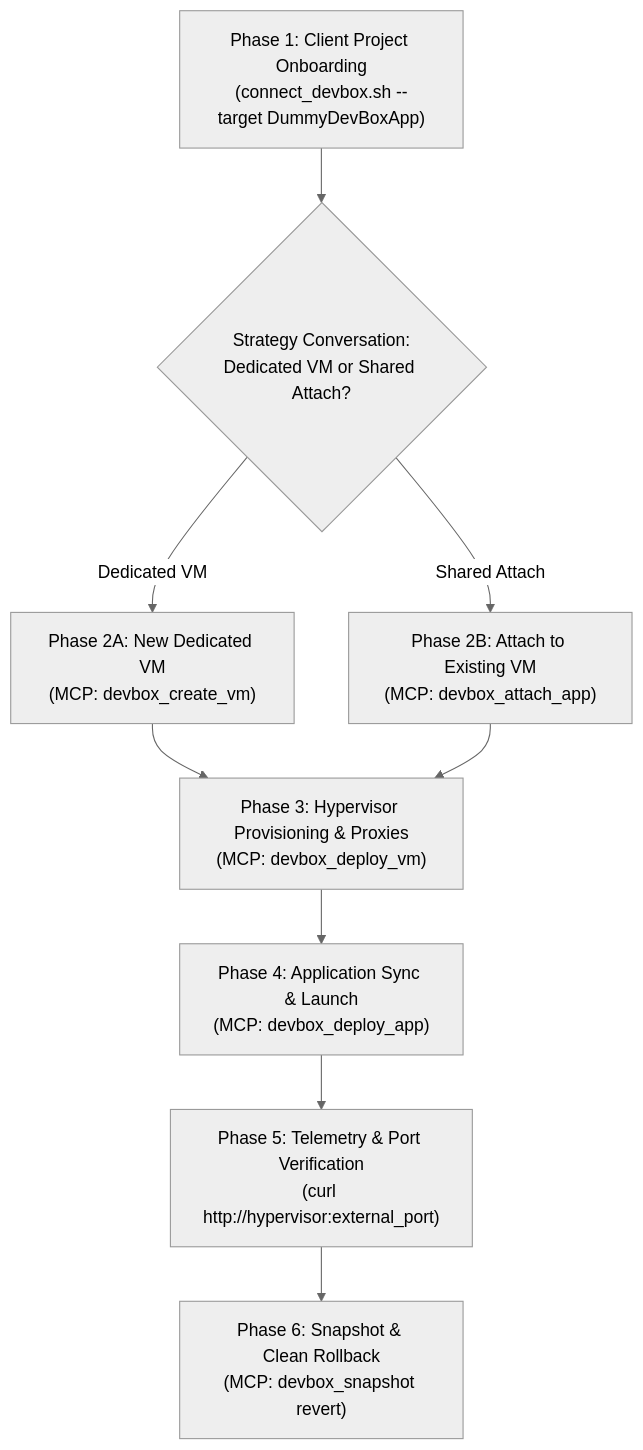
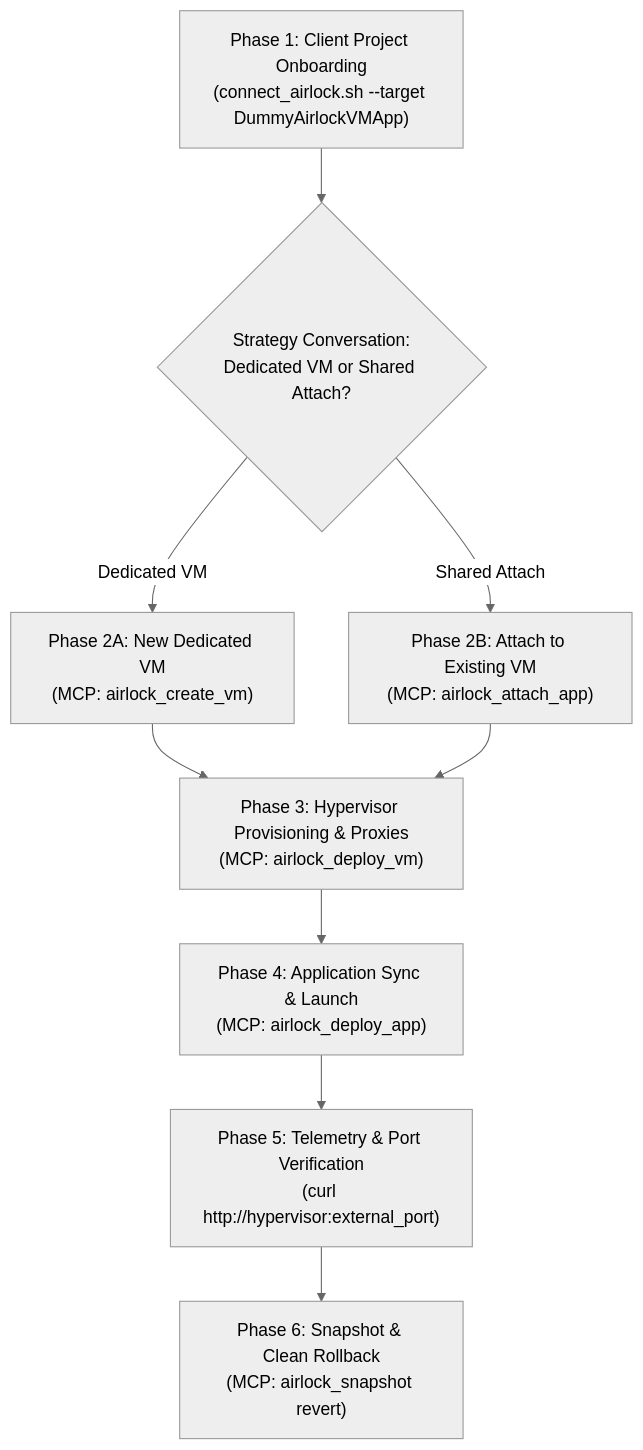
Before and after one commit to simplybarter/AirlockVM: the diagram in docs/INTEGRATION_TESTING.md, drawn with Mermaid (neutral theme). The commit also changed other lines of this file and 64 other files, not shown here.

Commit message:
feat(rebrand): rebrand DevBox to AirlockVM with unified airlock CLI

````diff
--- a/docs/INTEGRATION_TESTING.md
+++ b/docs/INTEGRATION_TESTING.md
@@ -38,11 +38,11 @@
 ```mermaid
 flowchart TD
-    P1["Phase 1: Client Project Onboarding<br/>(connect_devbox.sh --target DummyDevBoxApp)"] --> Strategy{"Strategy Conversation:<br/>Dedicated VM or Shared Attach?"}
-    Strategy -->|Dedicated VM| P2A["Phase 2A: New Dedicated VM<br/>(MCP: devbox_create_vm)"]
-    Strategy -->|Shared Attach| P2B["Phase 2B: Attach to Existing VM<br/>(MCP: devbox_attach_app)"]
-    P2A --> P3["Phase 3: Hypervisor Provisioning & Proxies<br/>(MCP: devbox_deploy_vm)"]
+    P1["Phase 1: Client Project Onboarding<br/>(connect_airlock.sh --target DummyAirlockVMApp)"] --> Strategy{"Strategy Conversation:<br/>Dedicated VM or Shared Attach?"}
+    Strategy -->|Dedicated VM| P2A["Phase 2A: New Dedicated VM<br/>(MCP: airlock_create_vm)"]
+    Strategy -->|Shared Attach| P2B["Phase 2B: Attach to Existing VM<br/>(MCP: airlock_attach_app)"]
+    P2A --> P3["Phase 3: Hypervisor Provisioning & Proxies<br/>(MCP: airlock_deploy_vm)"]
     P2B --> P3
-    P3 --> P4["Phase 4: Application Sync & Launch<br/>(MCP: devbox_deploy_app)"]
+    P3 --> P4["Phase 4: Application Sync & Launch<br/>(MCP: airlock_deploy_app)"]
     P4 --> P5["Phase 5: Telemetry & Port Verification<br/>(curl http://hypervisor:external_port)"]
-    P5 --> P6["Phase 6: Snapshot & Clean Rollback<br/>(MCP: devbox_snapshot revert)"]
+    P5 --> P6["Phase 6: Snapshot & Clean Rollback<br/>(MCP: airlock_snapshot revert)"]
 ```
````
